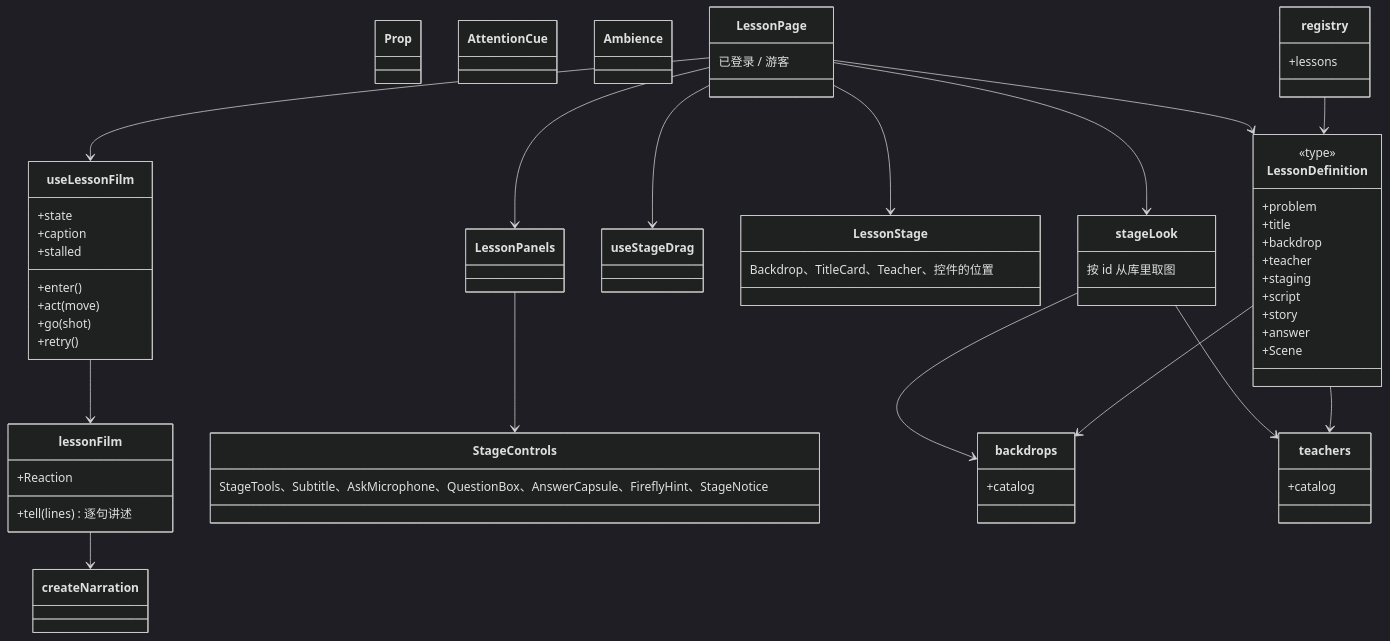
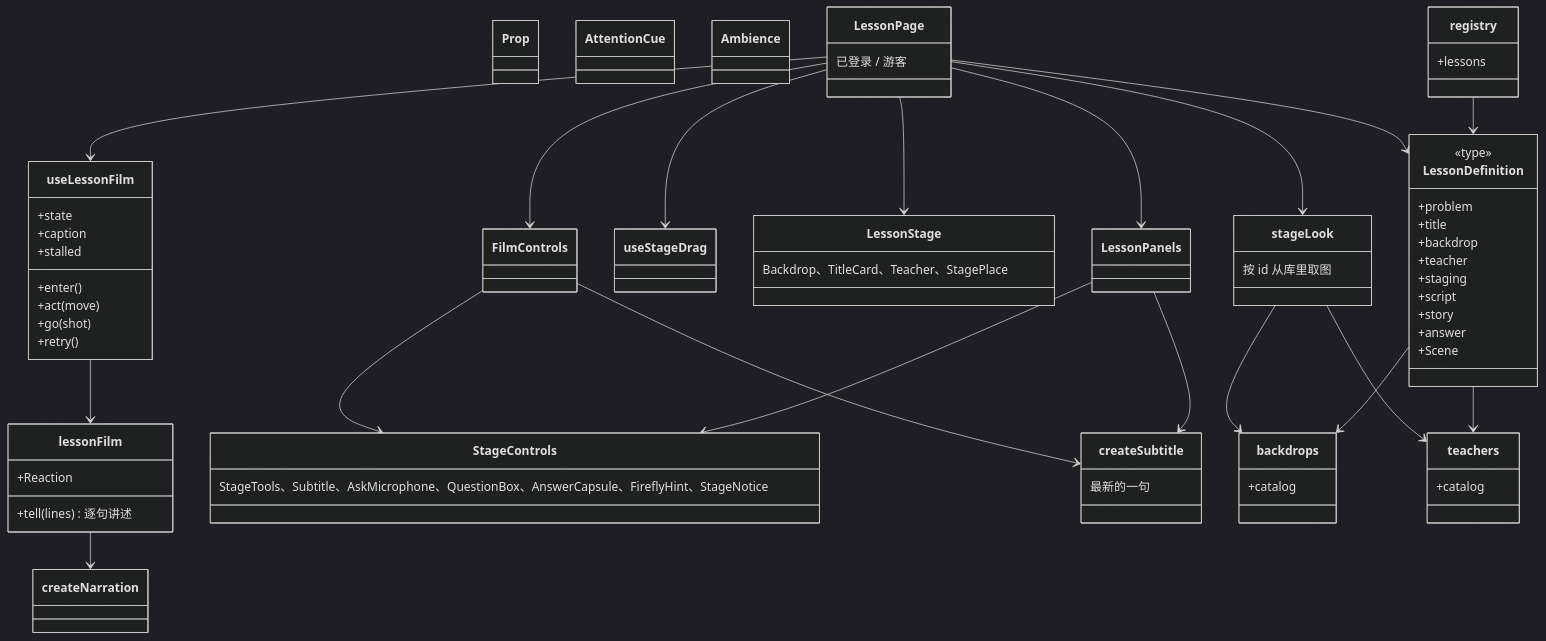
Before and after one commit to juanchaopan/education: the second of 2 diagrams in docs/design/lesson-kit.md, drawn with Mermaid (dark theme). The commit also changed other lines of this file and 1 other file, not shown here.

First line of the commit message:
docs(design): describe the lesson page's controls as built (#143)

````diff
--- a/docs/design/lesson-kit.md
+++ b/docs/design/lesson-kit.md
@@ -70,68 +70,76 @@
 ```mermaid
 classDiagram
   class LessonDefinition {
     <<type>>
     +problem
     +title
     +backdrop
     +teacher
     +staging
     +script
     +story
     +answer
     +Scene
   }
   class lessonFilm {
     +tell(lines) 逐句讲述
     +Reaction
   }
   class useLessonFilm {
     +state
     +caption
     +stalled
     +enter()
     +act(move)
     +go(shot)
     +retry()
   }
   class useStageDrag
   class LessonStage {
-    Backdrop、TitleCard、Teacher、控件的位置
+    Backdrop、TitleCard、Teacher、StagePlace
   }
   class StageControls {
     StageTools、Subtitle、AskMicrophone、QuestionBox、AnswerCapsule、FireflyHint、StageNotice
   }
   class Prop
   class AttentionCue
   class Ambience
   class LessonPage {
     已登录 / 游客
   }
+  class FilmControls
   class LessonPanels
+  class createSubtitle {
+    最新的一句
+  }
   class stageLook {
     按 id 从库里取图
   }
   class backdrops {
     +catalog
   }
   class teachers {
     +catalog
   }
   class registry {
     +lessons
   }
   LessonPage --> LessonDefinition
   LessonPage --> useLessonFilm
   LessonPage --> useStageDrag
   LessonPage --> stageLook
   LessonPage --> LessonStage
+  LessonPage --> FilmControls
   LessonPage --> LessonPanels
+  FilmControls --> StageControls
   LessonPanels --> StageControls
+  FilmControls --> createSubtitle
+  LessonPanels --> createSubtitle
   useLessonFilm --> lessonFilm
   lessonFilm --> createNarration
   stageLook --> backdrops
   stageLook --> teachers
   LessonDefinition --> backdrops
   LessonDefinition --> teachers
   registry --> LessonDefinition
 ```
````
